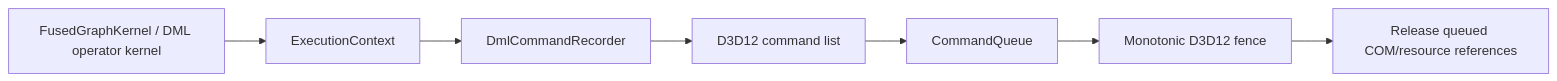
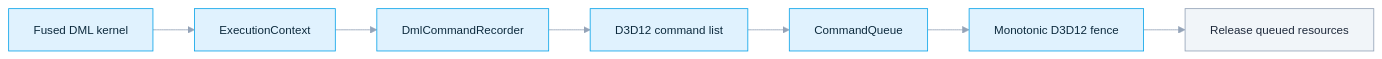
Before and after one commit to DakeQQ/Tutorial-ONNX-Runtime-Execution-Providers: the eighth of 12 diagrams in DirectML/README.md, drawn with Mermaid. The commit also changed other lines of this file and 15 other files, not shown here.

````diff
--- a/DirectML/README.md
+++ b/DirectML/README.md
@@ -417,9 +443,14 @@
 ```mermaid
+%%{init: {"theme":"base","themeVariables":{"fontSize":"14px","lineColor":"#94a3b8","edgeLabelBackground":"#e2e8f0","primaryTextColor":"#1e293b"}}}%%
 flowchart LR
-  K["FusedGraphKernel / DML operator kernel"] --> EC["ExecutionContext"]
-  EC --> REC["DmlCommandRecorder"]
-  REC --> CL["D3D12 command list"]
-  CL --> Q["CommandQueue"]
-  Q --> F["Monotonic D3D12 fence"]
-  F --> LIFE["Release queued COM/resource references"]
+    K["Fused DML kernel"] --> EC["ExecutionContext"]
+    EC --> REC["DmlCommandRecorder"]
+    REC --> CL["D3D12 command list"]
+    CL --> Q["CommandQueue"]
+    Q --> F["Monotonic D3D12 fence"]
+    F --> LIFE["Release queued resources"]
+    classDef step fill:#e0f2fe,stroke:#0ea5e9,color:#0c2a3d;
+    classDef note fill:#f1f5f9,stroke:#94a3b8,color:#1e293b;
+    class K,EC,REC,CL,Q,F step;
+    class LIFE note;
 ```
````
